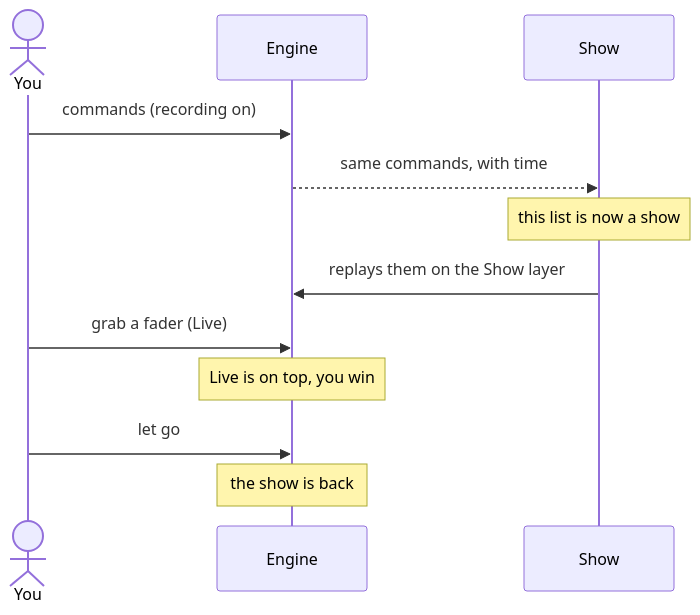
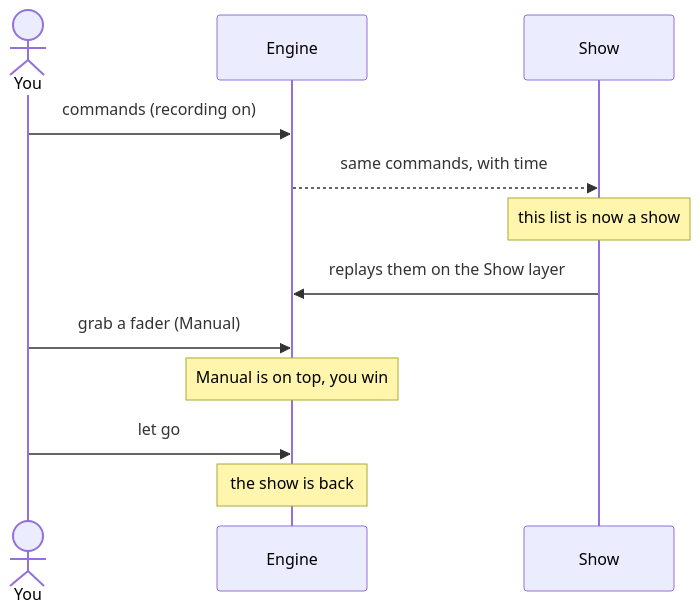
Diagram 11 of 13 in docs/design/theory.md (abossard/bossylights), drawn with Mermaid before and after one commit. The commit also changed other lines of this file and 6 other files, not shown here.

Commit message:
docs: one LIVE switch, no preview mode; home screen is Console, top layer is Manual

````diff
--- a/docs/design/theory.md
+++ b/docs/design/theory.md
@@ -195,14 +197,14 @@
 ```mermaid
 sequenceDiagram
   actor You
   participant Engine
   participant Show
   You->>Engine: commands (recording on)
   Engine-->>Show: same commands, with time
   Note over Show: this list is now a show
   Show->>Engine: replays them on the Show layer
-  You->>Engine: grab a fader (Live)
-  Note over Engine: Live is on top, you win
+  You->>Engine: grab a fader (Manual)
+  Note over Engine: Manual is on top, you win
   You->>Engine: let go
   Note over Engine: the show is back
 ```
````
